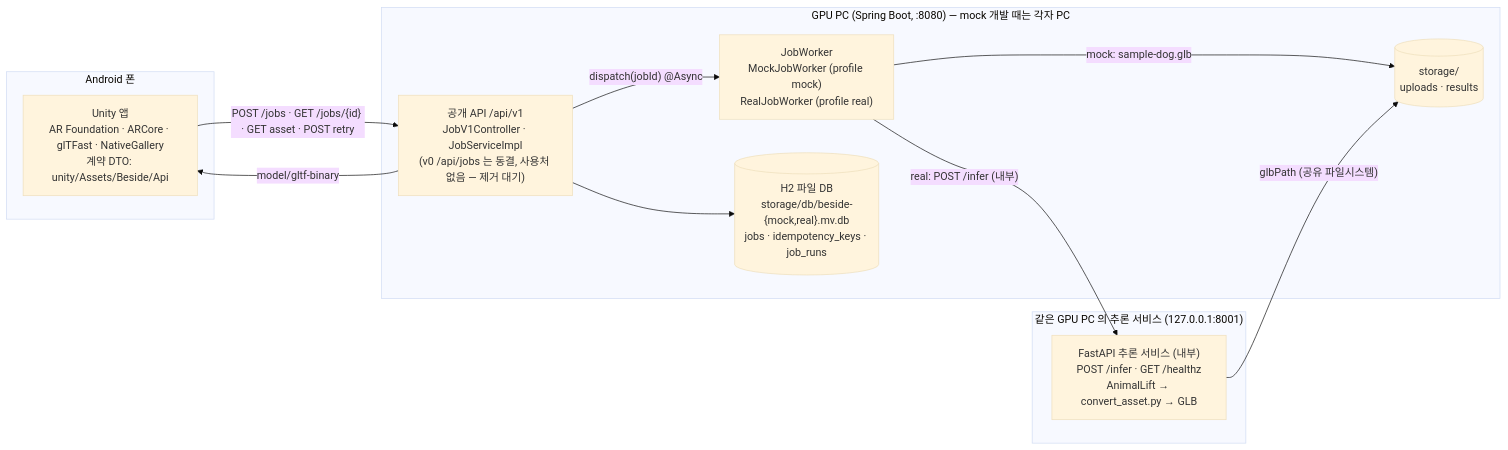
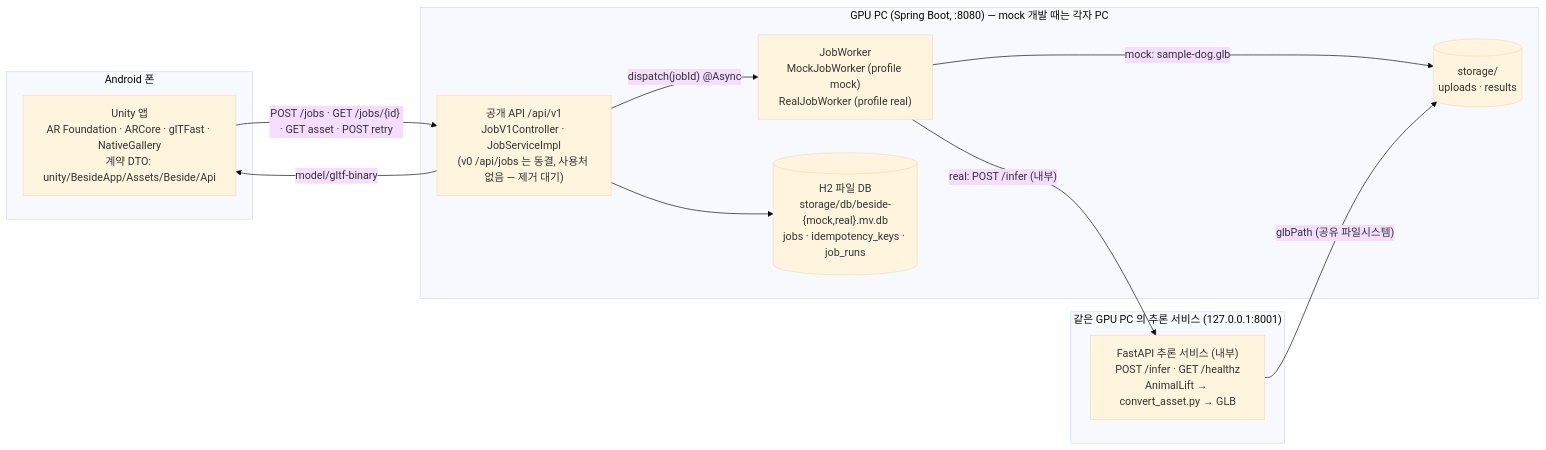
The first of 3 diagrams in docs/ARCHITECTURE.md (minwoo3717/Beside), drawn with Mermaid (base theme) before and after one commit. The commit also changed 30 other files, not shown here.

````diff
--- a/docs/ARCHITECTURE.md
+++ b/docs/ARCHITECTURE.md
@@ -9,22 +9,22 @@
 ```mermaid
 flowchart LR
     subgraph Phone["Android 폰"]
-        U["Unity 앱<br/>AR Foundation · ARCore · glTFast · NativeGallery<br/>계약 DTO: unity/Assets/Beside/Api"]
+        U["Unity 앱<br/>AR Foundation · ARCore · glTFast · NativeGallery<br/>계약 DTO: unity/BesideApp/Assets/Beside/Api"]
     end
     subgraph Server["GPU PC (Spring Boot, :8080) — mock 개발 때는 각자 PC"]
         S["공개 API /api/v1<br/>JobV1Controller · JobServiceImpl<br/>(v0 /api/jobs 는 동결, 사용처 없음 — 제거 대기)"]
         W["JobWorker<br/>MockJobWorker (profile mock)<br/>RealJobWorker (profile real)"]
         FS[("storage/<br/>uploads · results")]
         DB[("H2 파일 DB<br/>storage/db/beside-{mock,real}.mv.db<br/>jobs · idempotency_keys · job_runs")]
     end
     subgraph Gpu["같은 GPU PC 의 추론 서비스 (127.0.0.1:8001)"]
         P["FastAPI 추론 서비스 (내부)<br/>POST /infer · GET /healthz<br/>AnimalLift → convert_asset.py → GLB"]
     end
     U -->|"POST /jobs · GET /jobs/{id} · GET asset · POST retry"| S
     S --> DB
     S -->|"dispatch(jobId) @Async"| W
     W -->|"mock: sample-dog.glb"| FS
     W -->|"real: POST /infer (내부)"| P
     P -->|"glbPath (공유 파일시스템)"| FS
     S -->|"model/gltf-binary"| U
 ```
````
